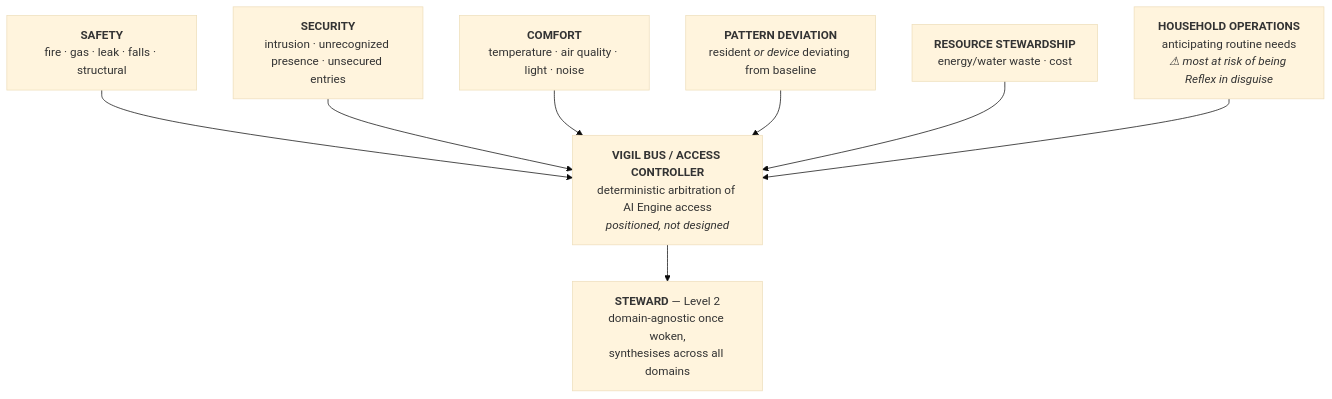
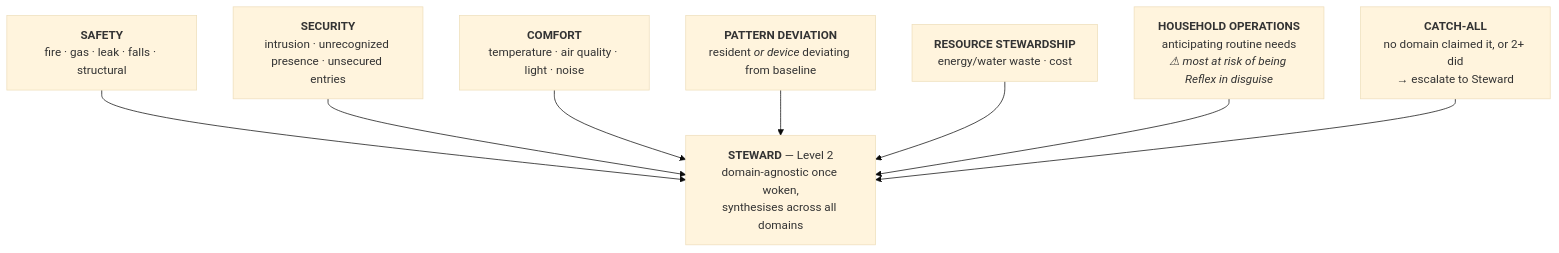
One commit to meremortals70/abode-ai-autonomy-steward changed the third of 3 diagrams in docs/architecture.md. Above: the diagram before and after it, drawn with Mermaid (base theme). The commit also changed other lines of this file and 5 other files, not shown here.

First line of the commit message:
docs: correct the architecture — one LLM, learned Vigil models, seed-learn-operate

````diff
--- a/docs/architecture.md
+++ b/docs/architecture.md
@@ -120,15 +113,14 @@
 ```mermaid
 flowchart TB
     STEWARD["<b>STEWARD</b> — Level 2<br/>domain-agnostic once woken,<br/>synthesises across all domains"]
-    BUS["<b>VIGIL BUS / ACCESS CONTROLLER</b><br/>deterministic arbitration of AI Engine access<br/><i>positioned, not designed</i>"]
 
     D1["<b>SAFETY</b><br/>fire · gas · leak · falls · structural"]
     D2["<b>SECURITY</b><br/>intrusion · unrecognized presence · unsecured entries"]
     D3["<b>COMFORT</b><br/>temperature · air quality · light · noise"]
     D4["<b>PATTERN DEVIATION</b><br/>resident <i>or device</i> deviating from baseline"]
     D5["<b>RESOURCE STEWARDSHIP</b><br/>energy/water waste · cost"]
     D6["<b>HOUSEHOLD OPERATIONS</b><br/>anticipating routine needs<br/><i>⚠ most at risk of being Reflex in disguise</i>"]
+    CATCH["<b>CATCH-ALL</b><br/>no domain claimed it, or 2+ did<br/>→ escalate to Steward"]
 
-    D1 & D2 & D3 & D4 & D5 & D6 --> BUS
-    BUS --> STEWARD
+    D1 & D2 & D3 & D4 & D5 & D6 & CATCH --> STEWARD
 ```
````
